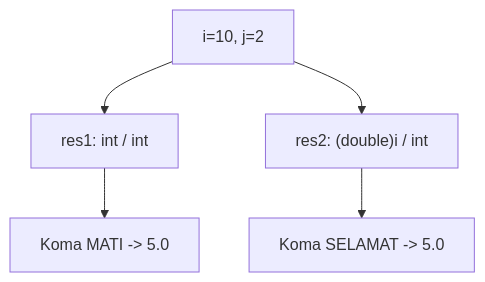
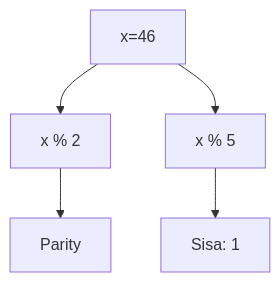
Before and after one commit to amnahwaida/OSNK_INF_PREP: diagram 11 of 25 in part-c-pemahaman-cpp/01-tipe-data/latihan/set-04.md, drawn with Mermaid. The commit also changed other lines of this file and 71 other files, not shown here.

````diff
--- a/part-c-pemahaman-cpp/01-tipe-data/latihan/set-04.md
+++ b/part-c-pemahaman-cpp/01-tipe-data/latihan/set-04.md
@@ -392,7 +323,7 @@
 ```mermaid
 graph TD
-    A["i=10, j=2"] --> B["res1: int / int"]
-    B --> C["Koma MATI -> 5.0"]
-    A --> D["res2: (double)i / int"]
-    D --> E["Koma SELAMAT -> 5.0"]
+A[x=46] --> B[x % 2]
+B --> C[Parity]
+A --> D[x % 5]
+D --> E[Sisa: 1]
 ```
````
